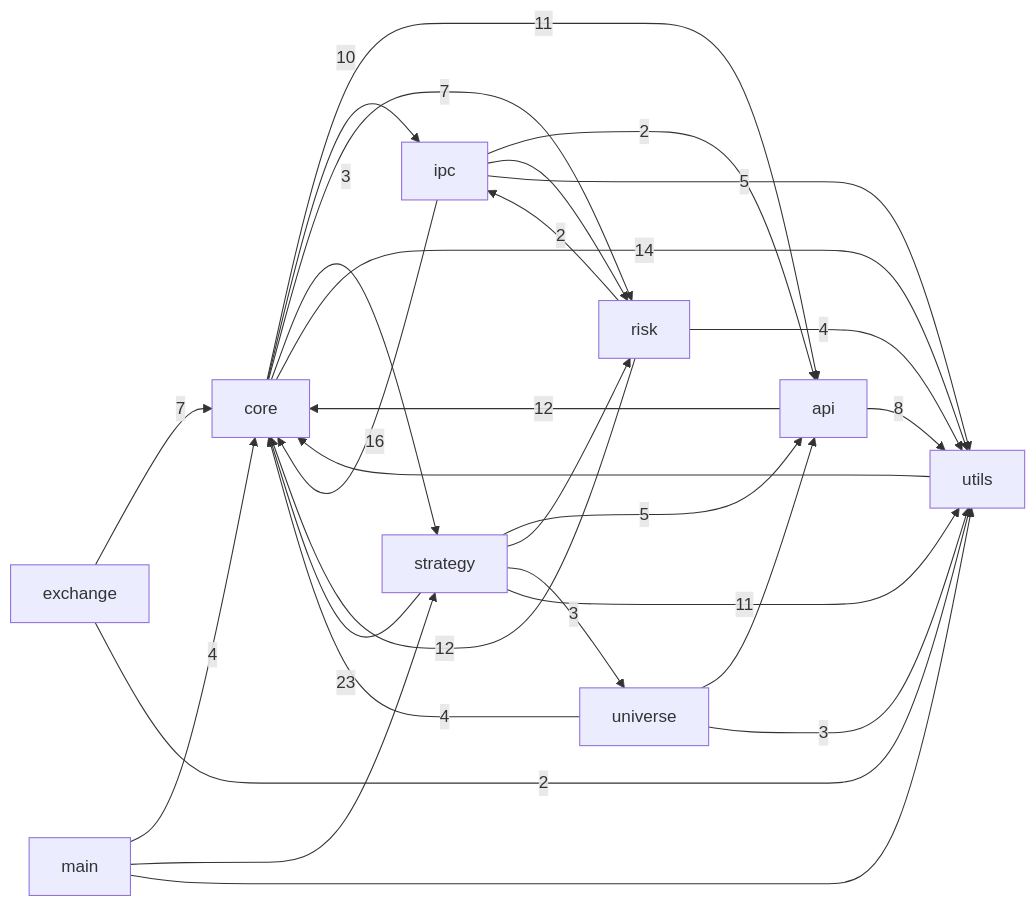
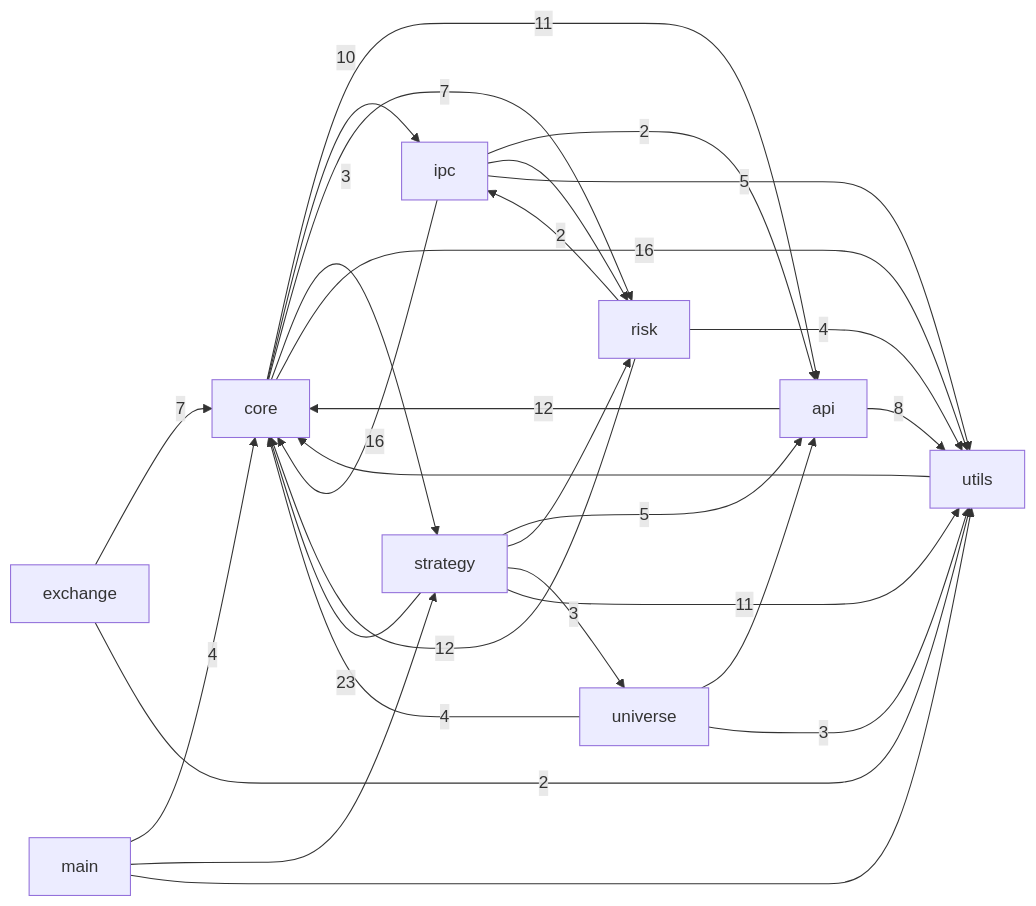
Before and after one commit to pypy8171/Quant: the first of 3 diagrams in docs/CODE_GRAPH.md, drawn with Mermaid. The commit also changed other lines of this file and 12 other files, not shown here.

````diff
--- a/docs/CODE_GRAPH.md
+++ b/docs/CODE_GRAPH.md
@@ -10,40 +10,40 @@
 ```mermaid
 graph LR
   main[main]
   core[core]
   strategy[strategy]
   api[api]
   universe[universe]
   risk[risk]
   ipc[ipc]
   utils[utils]
   exchange[exchange]
   api -->|12| core
   api -->|8| utils
   core -->|11| api
   core -->|10| ipc
   core -->|7| risk
   core -->|3| strategy
-  core -->|14| utils
+  core -->|16| utils
   exchange -->|7| core
   exchange -->|2| utils
   ipc -->|2| api
   ipc -->|16| core
   ipc --> risk
   ipc -->|5| utils
   main -->|4| core
   main --> strategy
   main --> utils
   risk -->|12| core
   risk -->|2| ipc
   risk -->|4| utils
   strategy -->|5| api
   strategy -->|23| core
   strategy --> risk
   strategy -->|3| universe
   strategy -->|11| utils
   universe --> api
   universe -->|4| core
   universe -->|3| utils
   utils --> core
 ```
````
